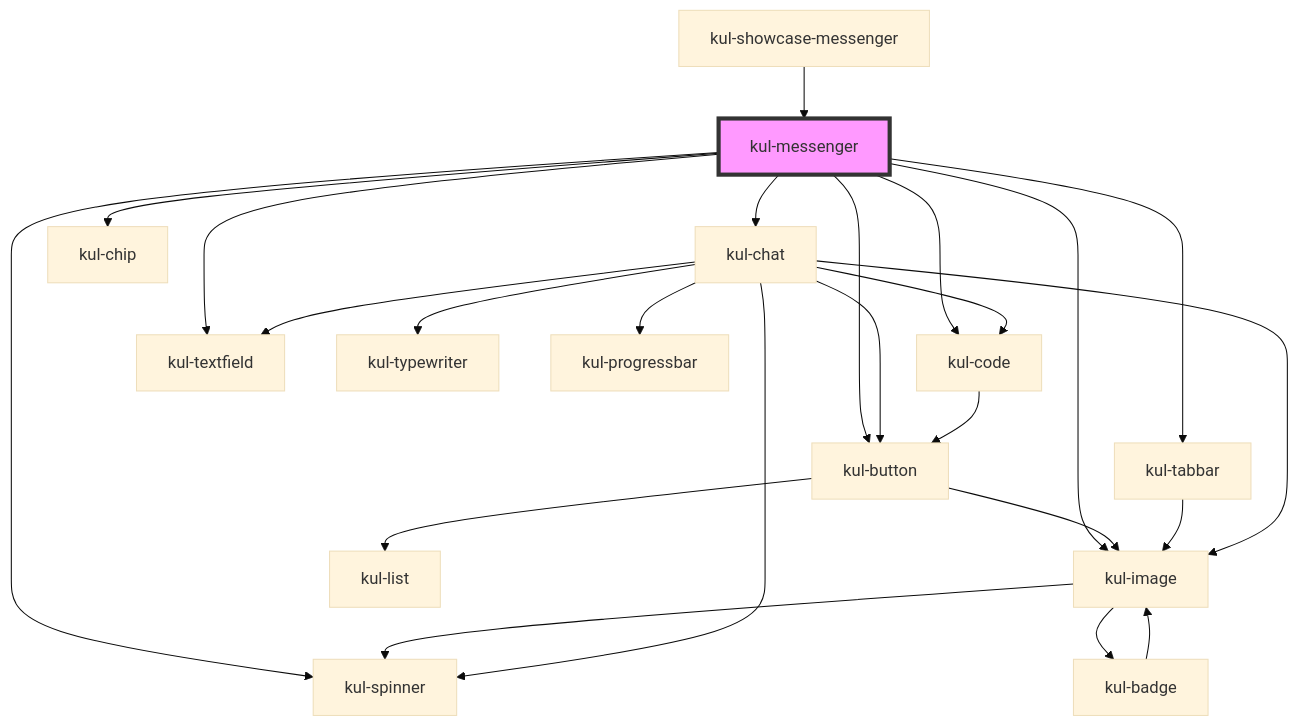
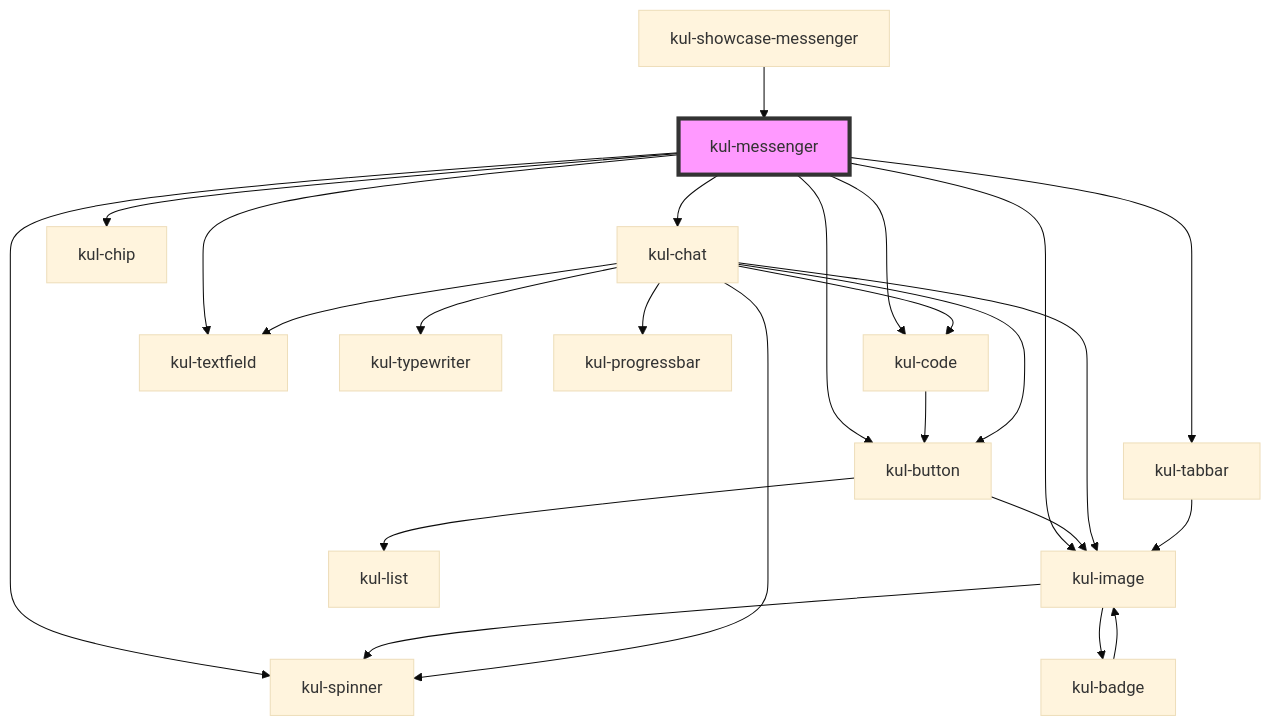
The diagram in packages/ketchup-lite/src/components/kul-messenger/readme.md (lucafoscili/ketchup-lite), drawn with Mermaid (base theme) before and after one commit. The commit also changed other lines of this file and 209 other files, not shown here.

````diff
--- a/packages/ketchup-lite/src/components/kul-messenger/readme.md
+++ b/packages/ketchup-lite/src/components/kul-messenger/readme.md
@@ -126,27 +147,27 @@
 ```mermaid
 graph TD;
+  kul-messenger --> kul-image
   kul-messenger --> kul-button
-  kul-messenger --> kul-tabbar
-  kul-messenger --> kul-chat
-  kul-messenger --> kul-image
   kul-messenger --> kul-spinner
   kul-messenger --> kul-code
+  kul-messenger --> kul-chat
+  kul-messenger --> kul-tabbar
   kul-messenger --> kul-chip
   kul-messenger --> kul-textfield
-  kul-button --> kul-image
-  kul-button --> kul-list
   kul-image --> kul-spinner
   kul-image --> kul-badge
   kul-badge --> kul-image
-  kul-tabbar --> kul-image
+  kul-button --> kul-image
+  kul-button --> kul-list
+  kul-code --> kul-button
   kul-chat --> kul-spinner
   kul-chat --> kul-typewriter
   kul-chat --> kul-code
   kul-chat --> kul-image
   kul-chat --> kul-button
   kul-chat --> kul-progressbar
   kul-chat --> kul-textfield
-  kul-code --> kul-button
+  kul-tabbar --> kul-image
   kul-showcase-messenger --> kul-messenger
   style kul-messenger fill:#f9f,stroke:#333,stroke-width:4px
 ```
````
